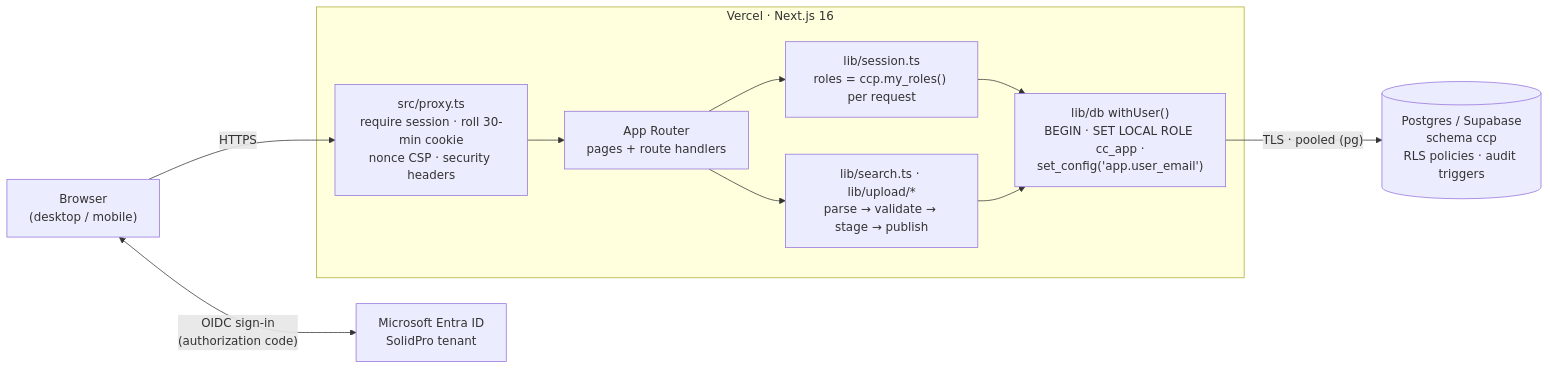
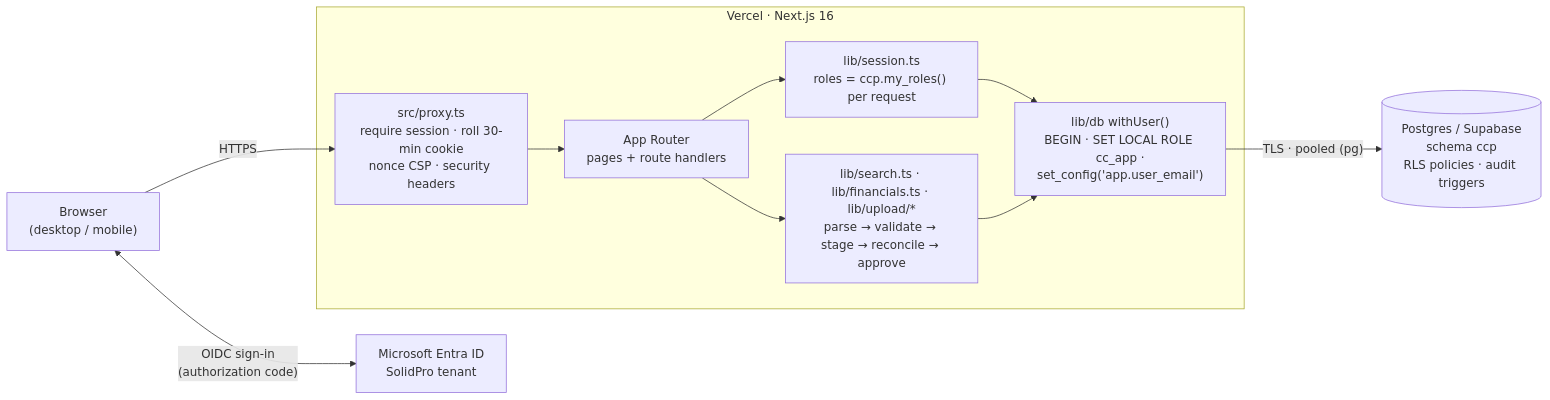
The diagram in README.md (kirubakar7-hash/Cost-centre-master), drawn with Mermaid before and after one commit. The commit also changed other lines of this file and 12 other files, not shown here.

````diff
--- a/README.md
+++ b/README.md
@@ -74,13 +98,13 @@
 ```mermaid
 flowchart LR
   B["Browser<br/>(desktop / mobile)"] -->|HTTPS| PX
   B <-->|"OIDC sign-in<br/>(authorization code)"| ENTRA["Microsoft Entra ID<br/>SolidPro tenant"]
   subgraph VERCEL["Vercel · Next.js 16"]
     PX["src/proxy.ts<br/>require session · roll 30-min cookie<br/>nonce CSP · security headers"] --> APP["App Router<br/>pages + route handlers"]
     APP --> SES["lib/session.ts<br/>roles = ccp.my_roles() per request"]
-    APP --> SVC["lib/search.ts · lib/upload/*<br/>parse → validate → stage → publish"]
+    APP --> SVC["lib/search.ts · lib/financials.ts · lib/upload/*<br/>parse → validate → stage → reconcile → approve"]
     SES --> DB1["lib/db withUser()<br/>BEGIN · SET LOCAL ROLE cc_app ·<br/>set_config('app.user_email')"]
     SVC --> DB1
   end
   DB1 -->|"TLS · pooled (pg)"| PG[("Postgres / Supabase<br/>schema ccp<br/>RLS policies · audit triggers")]
 ```
````
